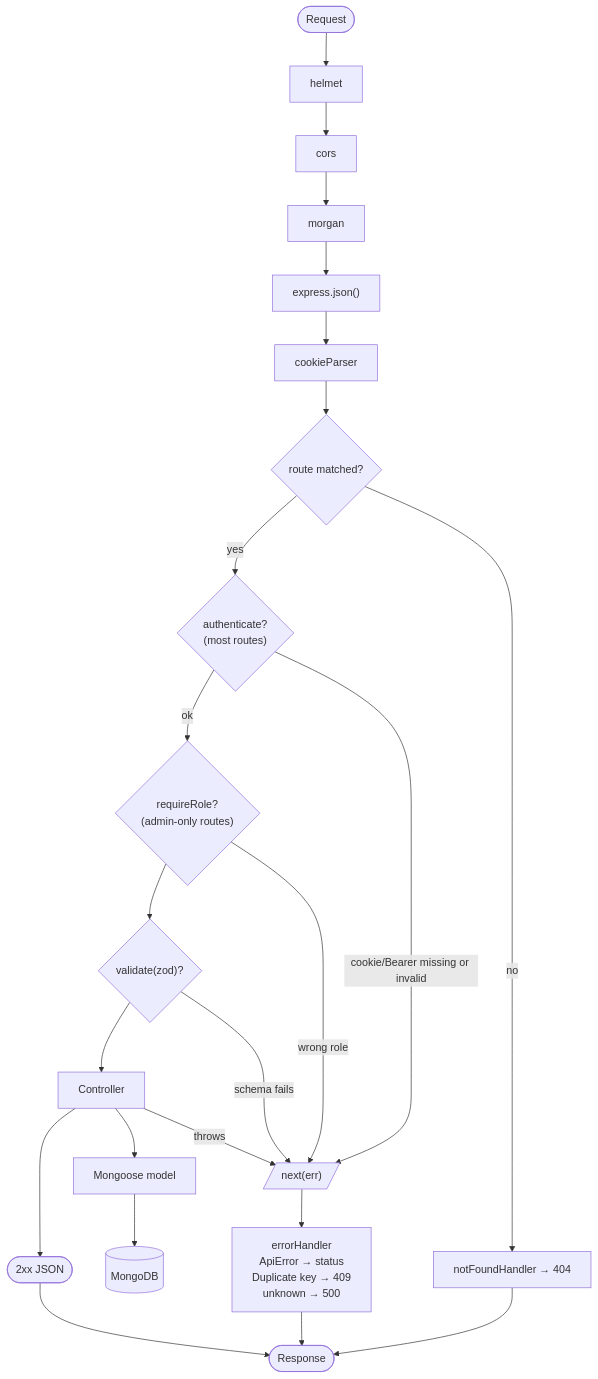
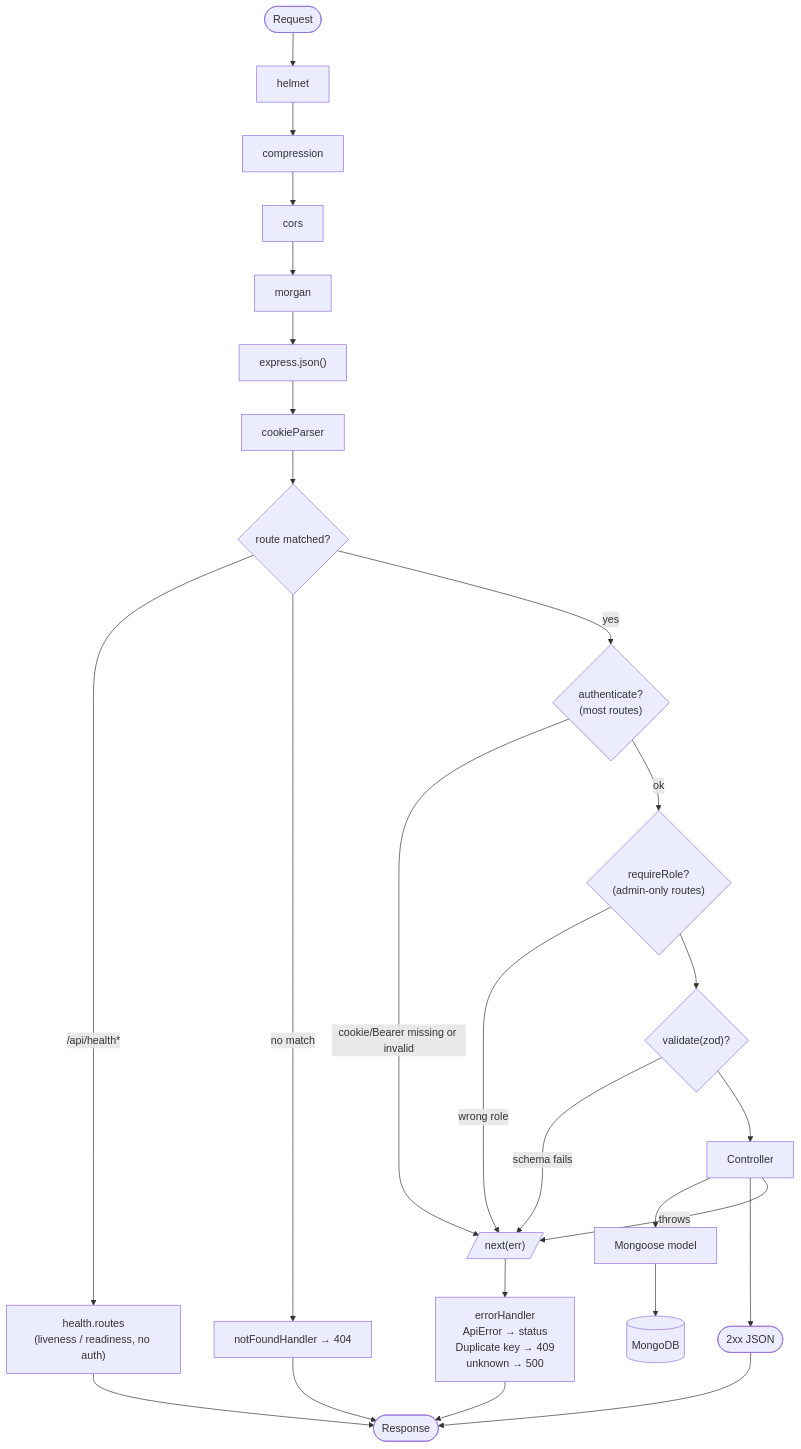
The second of 2 diagrams in docs/ARCHITECTURE.md (lahiru1115/TaskForge), drawn with Mermaid before and after one commit. The commit also changed other lines of this file and 5 other files, not shown here.

````diff
--- a/docs/ARCHITECTURE.md
+++ b/docs/ARCHITECTURE.md
@@ -18,17 +18,18 @@
 ```mermaid
 flowchart TD
-    Req([Request]) --> Helmet[helmet] --> CORS[cors] --> Morgan[morgan] --> Json["express.json()"] --> Cookie[cookieParser]
+    Req([Request]) --> Helmet[helmet] --> Compression[compression] --> CORS[cors] --> Morgan[morgan] --> Json["express.json()"] --> Cookie[cookieParser]
     Cookie --> Router{route matched?}
-    Router -- no --> NotFound[notFoundHandler → 404] --> Res([Response])
+    Router -- "/api/health*" --> Health["health.routes\n(liveness / readiness, no auth)"] --> Res([Response])
+    Router -- no match --> NotFound[notFoundHandler → 404] --> Res
     Router -- yes --> Auth{"authenticate?\n(most routes)"}
     Auth -- "cookie/Bearer missing or invalid" --> Err
     Auth -- ok --> Role{"requireRole?\n(admin-only routes)"}
     Role -- "wrong role" --> Err
     Role --> Validate{"validate(zod)?"}
     Validate -- "schema fails" --> Err
     Validate --> Controller[Controller] --> Model["Mongoose model"] --> DB[(MongoDB)]
     Controller --> Success([2xx JSON])
     Controller -- throws --> Err
     Err[/"next(err)"/] --> ErrorHandler["errorHandler\nApiError → status\nDuplicate key → 409\nunknown → 500"] --> Res
     Success --> Res
 ```
````
